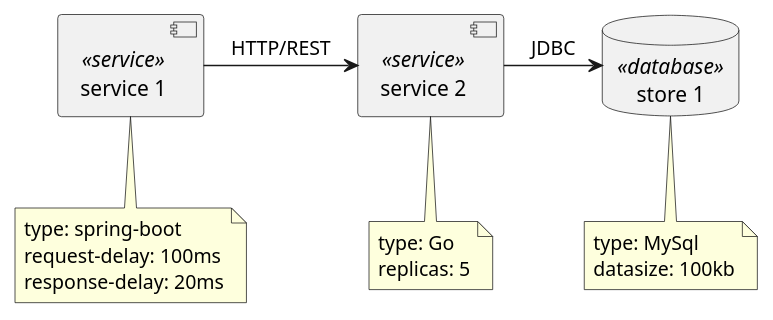
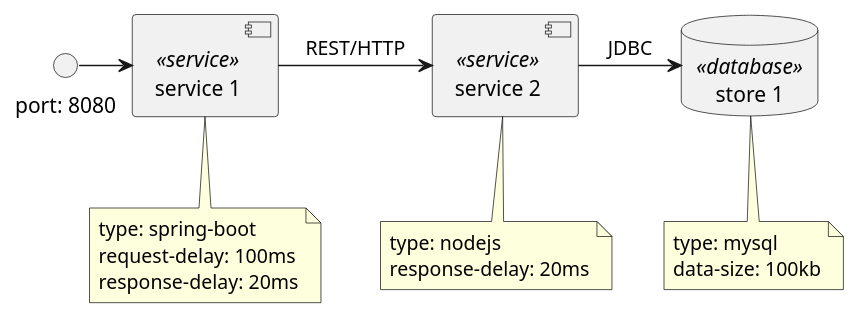
Before and after one commit to iteratec/microzoo: the diagram in scenarios/basic.puml, drawn with PlantUML. The commit also changed 39 other files, not shown here.

```diff
--- a/scenarios/basic.puml
+++ b/scenarios/basic.puml
@@ -1,26 +1,30 @@
 @startuml
 
 database "store 1" <<database>>
 note bottom of "store 1" {
-    type: MySql
-    datasize: 100kb
+    type: mysql
+    data-size: 100kb
 }
 
 component "service 1" <<service>>
 note bottom of "service 1" {
     type: spring-boot
     request-delay: 100ms
     response-delay: 20ms
 }
 
 component "service 2" <<service>>
 note bottom of "service 2" {
-    type: Go
-    replicas: 5
+    type: nodejs
+    response-delay: 20ms
 }
 
-[service 1] -> [service 2]: HTTP/REST
+interface "port: 8080"
+
+[service 1] -> [service 2]: REST/HTTP
 
 [service 2] -> [store 1]: JDBC
 
+[port: 8080] -> [service 1]
+
 @enduml
```
